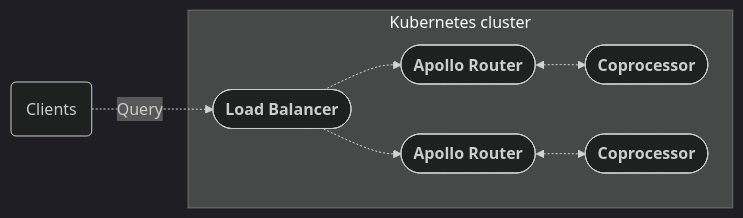
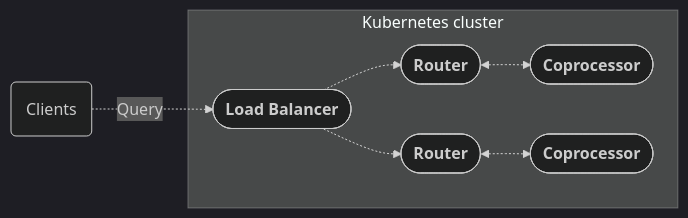
One commit to apollographql/router changed the diagram in docs/source/containerization/kubernetes.mdx. Above: the diagram before and after it, drawn with Mermaid (dark theme). The commit also changed other lines of this file and 70 other files, not shown here.

````diff
--- a/docs/source/containerization/kubernetes.mdx
+++ b/docs/source/containerization/kubernetes.mdx
@@ -13,16 +13,16 @@
 ```mermaid
 flowchart LR;
   clients(Clients);
   subgraph "Kubernetes cluster";
   lb(["<b>Load Balancer</b>"])
-  router_a(["<b>Apollo Router</b>"]);
+  router_a(["<b>Router</b>"]);
   coproc_a(["<b>Coprocessor</b>"]);
-  router_b(["<b>Apollo Router</b>"]);
+  router_b(["<b>Router</b>"]);
   coproc_b(["<b>Coprocessor</b>"]);
   router_a <-.-> coproc_a;
   router_b <-.-> coproc_b;
   end;
   clients -.->|Query| lb;
   lb -.-> router_a & router_b;
   class clients secondary;
 ```
````
